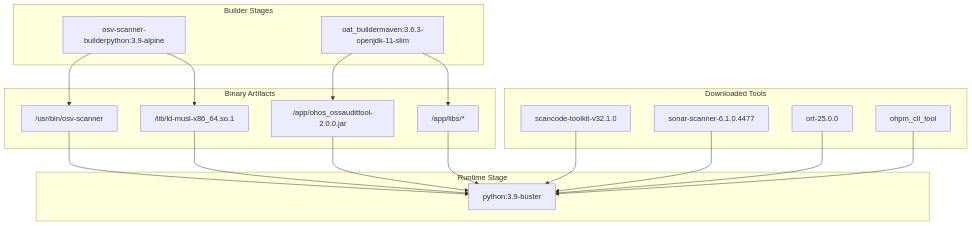
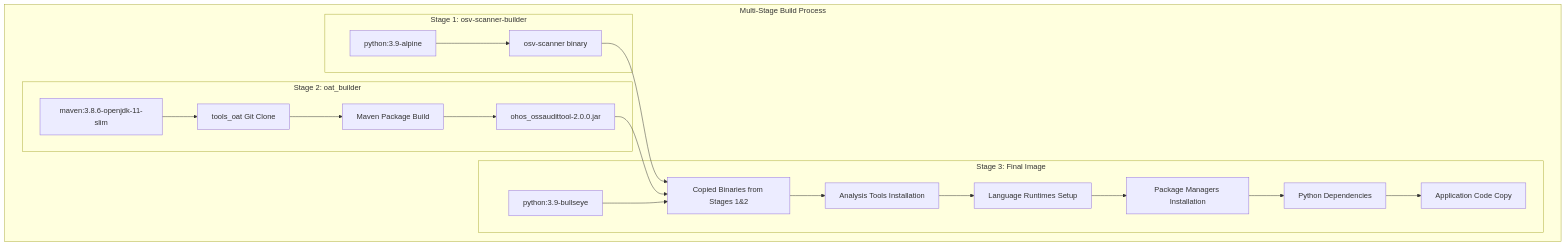
Before and after one commit to chenyx2012/openchecker: the first of 6 diagrams in docs/wiki/Container-Environment-and-Tool-Installation.md, drawn with Mermaid. The commit also changed other lines of this file and 45 other files, not shown here.

````diff
--- a/docs/wiki/Container-Environment-and-Tool-Installation.md
+++ b/docs/wiki/Container-Environment-and-Tool-Installation.md
@@ -18,50 +19,54 @@
 ```mermaid
 flowchart TD
 
-OSVBuilder["osv-scanner-builderpython:3.9-alpine"]
-OATBuilder["oat_buildermaven:3.6.3-openjdk-11-slim"]
-RuntimeBase["python:3.9-buster"]
-OSVBinary["/usr/bin/osv-scanner"]
-MuslLib["/lib/ld-musl-x86_64.so.1"]
-OATJar["/app/ohos_ossaudittool-2.0.0.jar"]
-OATLibs["/app/libs/*"]
-ScanCode["scancode-toolkit-v32.1.0"]
-SonarScanner["sonar-scanner-6.1.0.4477"]
-ORT["ort-25.0.0"]
-OHPM["ohpm_cli_tool"]
+Debian["python:3.9-bullseye"]
+Alpine["python:3.9-alpine"]
+OSVBinary["osv-scanner binary"]
+Maven["maven:3.8.6-openjdk-11-slim"]
+OATSource["tools_oat Git Clone"]
+OATBuild["Maven Package Build"]
+OATJAR["ohos_ossaudittool-2.0.0.jar"]
+CopiedBinaries["Copied Binaries from Stages 1&2"]
+AnalysisTools["Analysis Tools Installation"]
+LanguageRuntimes["Language Runtimes Setup"]
+PackageManagers["Package Managers Installation"]
+PythonDeps["Python Dependencies"]
+AppCode["Application Code Copy"]
 
-    OSVBuilder --> OSVBinary
-    OSVBuilder --> MuslLib
-    OATBuilder --> OATJar
-    OATBuilder --> OATLibs
-    OSVBinary --> RuntimeBase
-    MuslLib --> RuntimeBase
-    OATJar --> RuntimeBase
-    OATLibs --> RuntimeBase
-    ScanCode --> RuntimeBase
-    SonarScanner --> RuntimeBase
-    ORT --> RuntimeBase
-    OHPM --> RuntimeBase
-subgraph Downloaded_Tools ["Downloaded Tools"]
-    ScanCode
-    SonarScanner
-    ORT
-    OHPM
+subgraph subGraph3 ["Multi-Stage Build Process"]
+    OSVBinary --> CopiedBinaries
+    OATJAR --> CopiedBinaries
+
+subgraph subGraph2 ["Stage 3: Final Image"]
+    Debian
+    CopiedBinaries
+    AnalysisTools
+    LanguageRuntimes
+    PackageManagers
+    PythonDeps
+    AppCode
+    Debian --> CopiedBinaries
+    CopiedBinaries --> AnalysisTools
+    AnalysisTools --> LanguageRuntimes
+    LanguageRuntimes --> PackageManagers
+    PackageManagers --> PythonDeps
+    PythonDeps --> AppCode
 end
 
-subgraph Binary_Artifacts ["Binary Artifacts"]
-    OSVBinary
-    MuslLib
-    OATJar
-    OATLibs
+subgraph subGraph1 ["Stage 2: oat_builder"]
+    Maven
+    OATSource
+    OATBuild
+    OATJAR
+    Maven --> OATSource
+    OATSource --> OATBuild
+    OATBuild --> OATJAR
 end
 
-subgraph Runtime_Stage ["Runtime Stage"]
-    RuntimeBase
+subgraph subGraph0 ["Stage 1: osv-scanner-builder"]
+    Alpine
+    OSVBinary
+    Alpine --> OSVBinary
 end
-
-subgraph Builder_Stages ["Builder Stages"]
-    OSVBuilder
-    OATBuilder
 end
 ```
````
